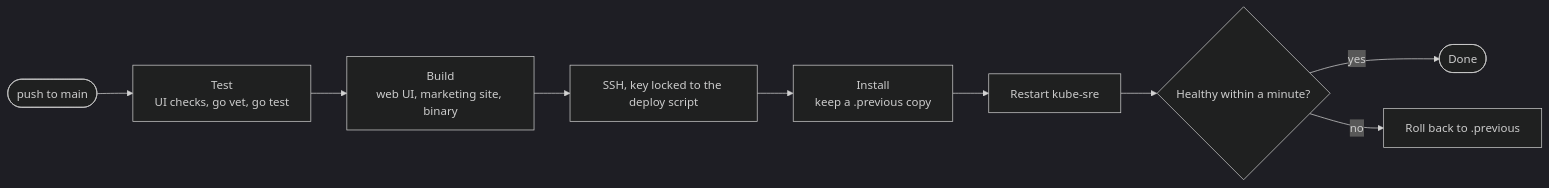
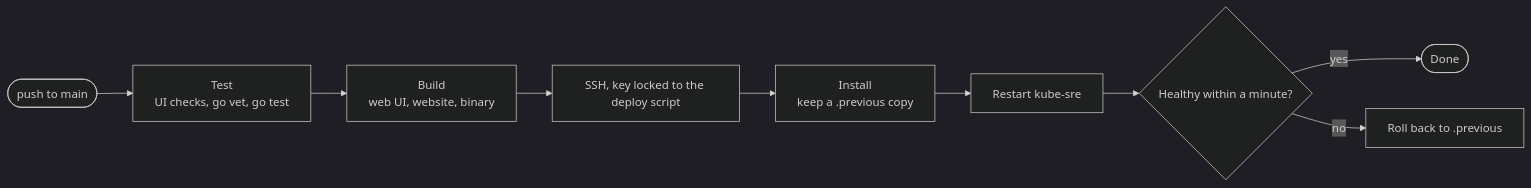
Before and after one commit to DinethShakya23/kube-sre: the second of 2 diagrams in DEMO.md, drawn with Mermaid (dark theme). The commit also changed other lines of this file and 6 other files, not shown here.

````diff
--- a/DEMO.md
+++ b/DEMO.md
@@ -234,11 +234,11 @@
 ```mermaid
 flowchart LR
   P([push to main]) --> T["Test<br/>UI checks, go vet, go test"]
-  T --> B["Build<br/>web UI, marketing site, binary"]
+  T --> B["Build<br/>web UI, website, binary"]
   B --> SSH["SSH, key locked to the deploy script"]
   SSH --> I["Install<br/>keep a .previous copy"]
   I --> R[Restart kube-sre]
   R --> H{Healthy within a minute?}
   H -->|yes| OK([Done])
   H -->|no| RB["Roll back to .previous"]
 ```
````
